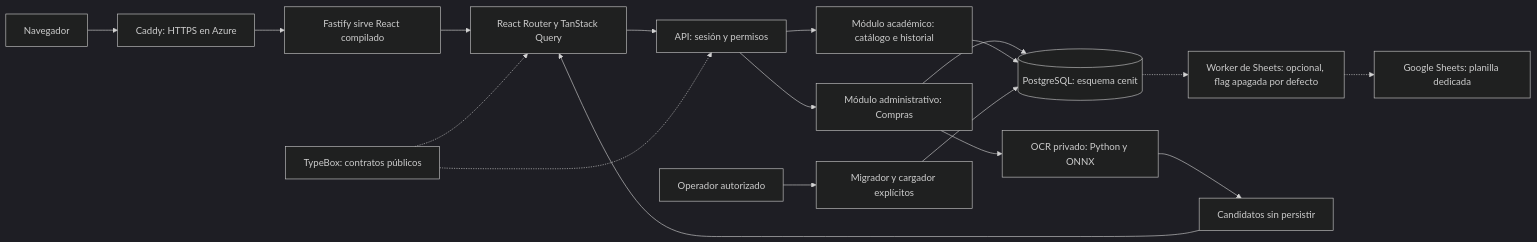
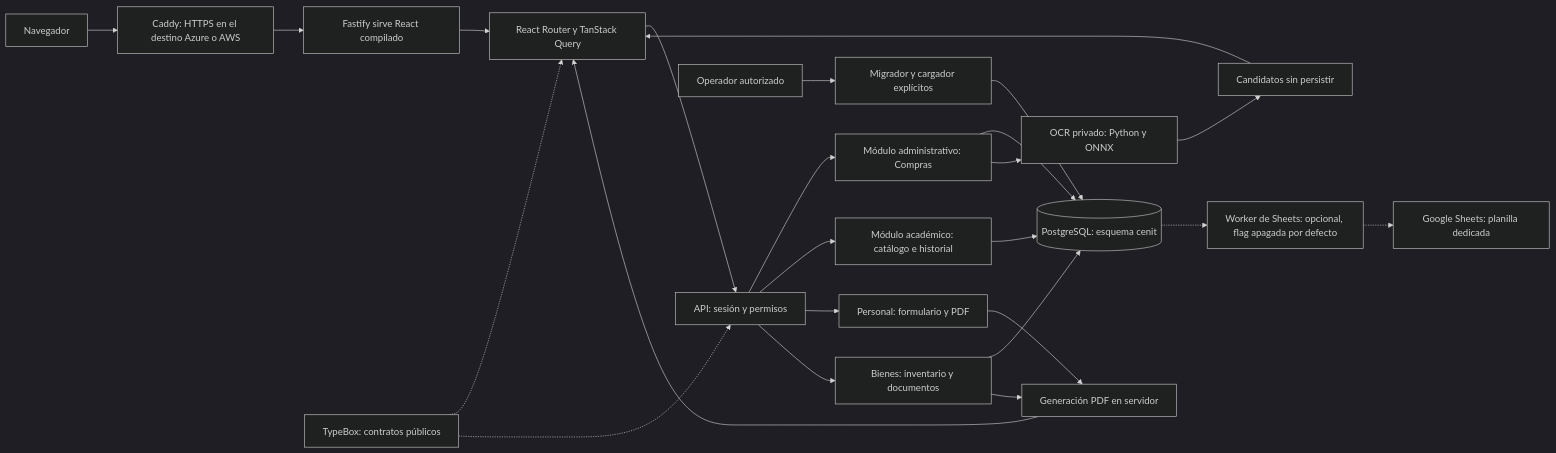
Before and after one commit to Menderin/Cenit: the first of 2 diagrams in Docs/ARQUITECTURA.md, drawn with Mermaid (dark theme). The commit also changed other lines of this file and 3 other files, not shown here.

````diff
--- a/Docs/ARQUITECTURA.md
+++ b/Docs/ARQUITECTURA.md
@@ -133,20 +133,26 @@
 ```mermaid
 flowchart LR
-    Usuario["Navegador"] --> HTTPS["Caddy: HTTPS en Azure"]
+    Usuario["Navegador"] --> HTTPS["Caddy: HTTPS en el destino Azure o AWS"]
     HTTPS --> Web["Fastify sirve React compilado"]
     Web --> Router["React Router y TanStack Query"]
     Router --> Auth["API: sesión y permisos"]
     Auth --> Compras["Módulo administrativo: Compras"]
     Auth --> Academico["Módulo académico: catálogo e historial"]
+    Auth --> Personal["Personal: formulario y PDF"]
+    Auth --> Bienes["Bienes: inventario y documentos"]
     Compras --> PG[("PostgreSQL: esquema cenit")]
     Academico --> PG
+    Bienes --> PG
+    Personal --> PDF["Generación PDF en servidor"]
+    Bienes --> PDF
+    PDF --> Router
     PG -.-> Worker["Worker de Sheets: opcional, flag apagada por defecto"]
     Worker -.-> Sheets["Google Sheets: planilla dedicada"]
     Compras --> OCR["OCR privado: Python y ONNX"]
     OCR --> Candidatos["Candidatos sin persistir"]
     Candidatos --> Router
     Contratos["TypeBox: contratos públicos"] -.-> Router
     Contratos -.-> Auth
     Operador["Operador autorizado"] --> Herramientas["Migrador y cargador explícitos"]
     Herramientas --> PG
 ```
````
